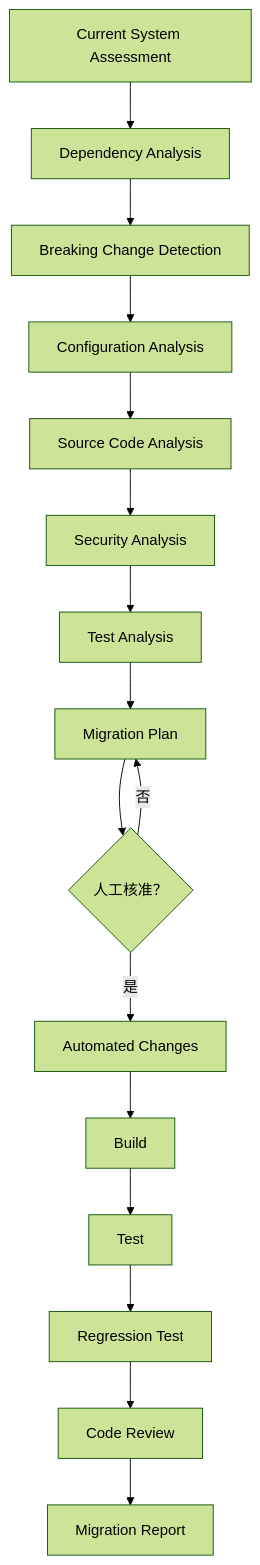
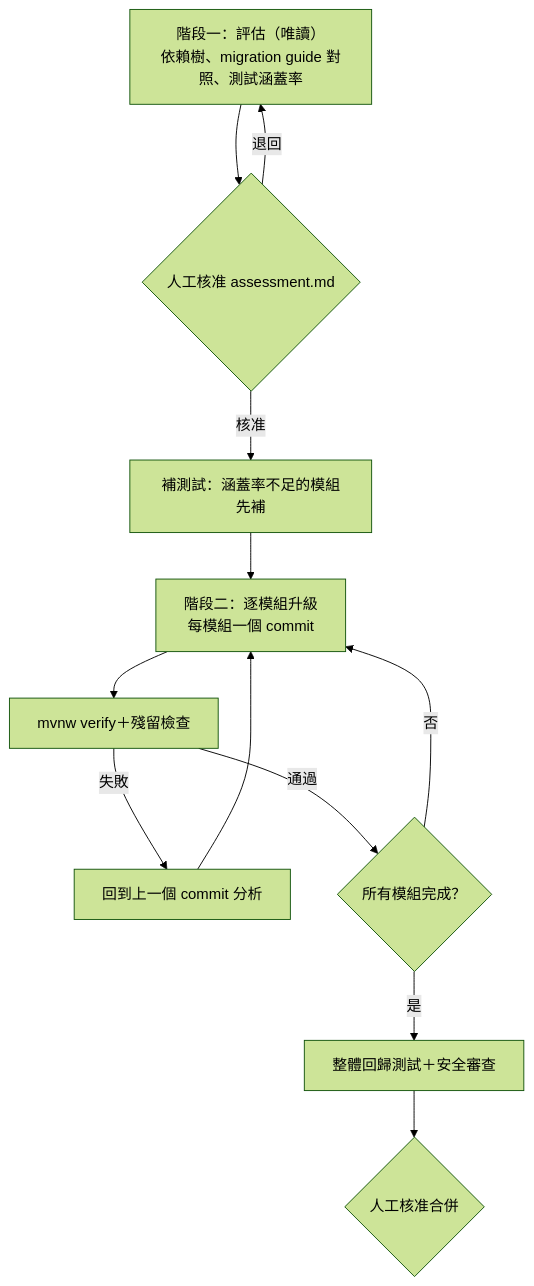
Diagram 12 of 18 in content/posts/教學/AI開發/awesome-copilot教學手冊.md (chihhung/Blog), drawn with Mermaid (forest theme) before and after one commit. The commit also changed other lines of this file and 1 other file, not shown here.

````diff
--- a/content/posts/教學/AI開發/awesome-copilot教學手冊.md
+++ b/content/posts/教學/AI開發/awesome-copilot教學手冊.md
@@ -3358,18 +3603,14 @@
 ```mermaid
-graph TB
-    A["Current System Assessment"] --> B["Dependency Analysis"]
-    B --> C["Breaking Change Detection"]
-    C --> D["Configuration Analysis"]
-    D --> E["Source Code Analysis"]
-    E --> F["Security Analysis"]
-    F --> G["Test Analysis"]
-    G --> H["Migration Plan"]
-    H --> GATE{"人工核准？"}
-    GATE -->|"否"| H
-    GATE -->|"是"| I["Automated Changes"]
-    I --> J["Build"]
-    J --> K["Test"]
-    K --> L["Regression Test"]
-    L --> M["Code Review"]
-    M --> N["Migration Report"]
+flowchart TB
+    A["階段一：評估（唯讀）<br/>依賴樹、migration guide 對照、測試涵蓋率"] --> G1{"人工核准 assessment.md"}
+    G1 -- "退回" --> A
+    G1 -- "核准" --> B["補測試：涵蓋率不足的模組先補"]
+    B --> C["階段二：逐模組升級<br/>每模組一個 commit"]
+    C --> D["mvnw verify＋殘留檢查"]
+    D -- "失敗" --> E["回到上一個 commit 分析"]
+    E --> C
+    D -- "通過" --> F{"所有模組完成？"}
+    F -- "否" --> C
+    F -- "是" --> G["整體回歸測試＋安全審查"]
+    G --> G2{"人工核准合併"}
 ```
````
